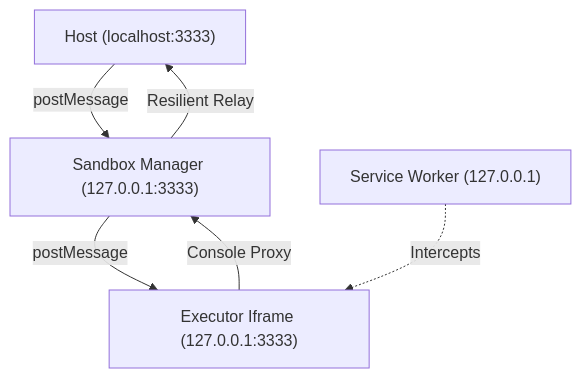
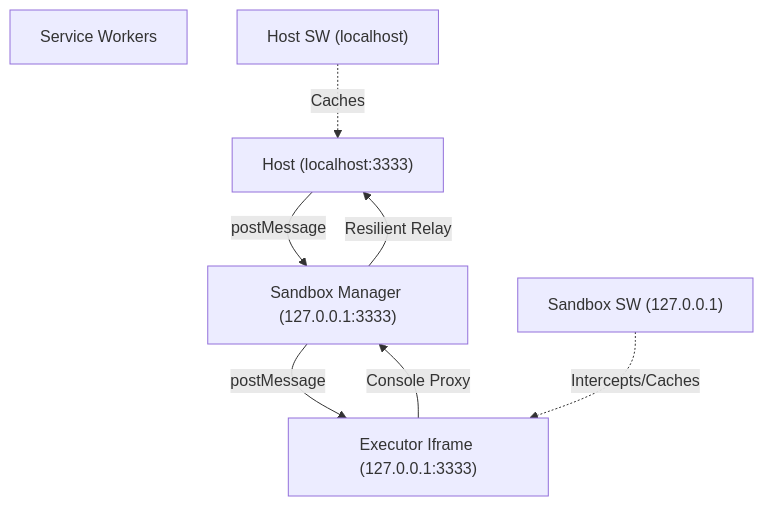
One commit to MentalGear/iframe-sandbox changed the diagram in readme.md. Above: the diagram before and after it, drawn with Mermaid. The commit also changed other lines of this file and 4 other files, not shown here.

````diff
--- a/readme.md
+++ b/readme.md
@@ -12,8 +15,11 @@
 ```mermaid
 graph TD
     Host["Host (localhost:3333)"] --> |postMessage| Manager["Sandbox Manager (127.0.0.1:3333)"]
     Manager --> |postMessage| Executor["Executor Iframe (127.0.0.1:3333)"]
     Executor --> |Console Proxy| Manager
     Manager --> |Resilient Relay| Host
-    SW["Service Worker (127.0.0.1)"] -.-> |Intercepts| Executor
+    
+    SubGraph_SWs["Service Workers"]
+    HostSW["Host SW (localhost)"] -.-> |Caches| Host
+    SandboxSW["Sandbox SW (127.0.0.1)"] -.-> |Intercepts/Caches| Executor
 ```
````
